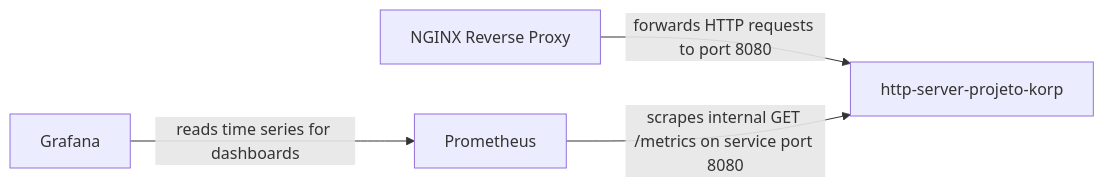
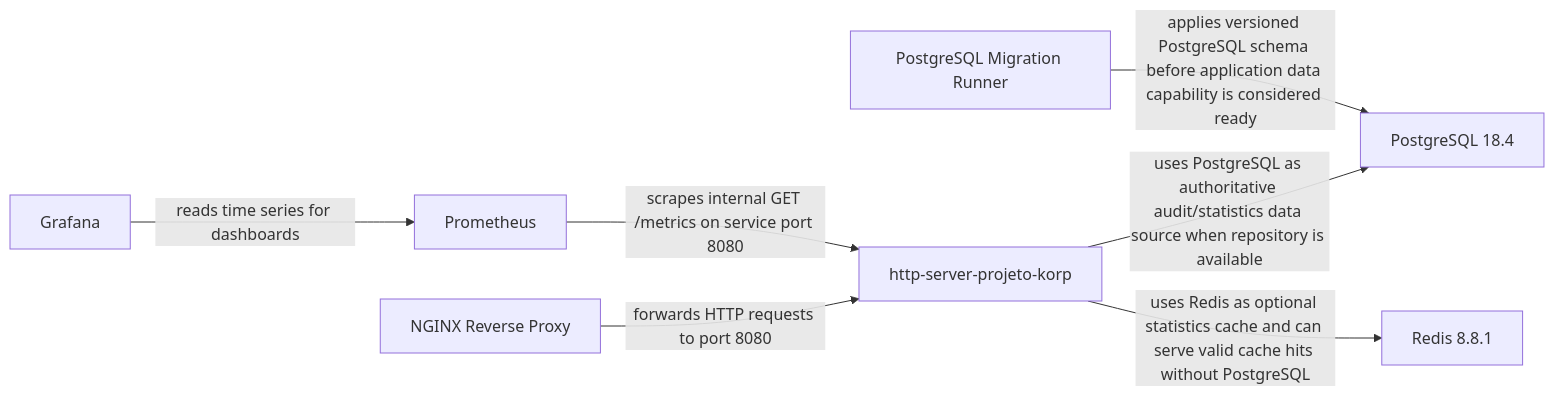
One commit to Magaldes/korp-platform-engineering changed the diagram in docs/architecture/arch-container.md. Above: the diagram before and after it, drawn with Mermaid. The commit also changed other lines of this file and 15 other files, not shown here.

Commit message:
architecture: promote revision 7 and document data extensions

````diff
--- a/docs/architecture/arch-container.md
+++ b/docs/architecture/arch-container.md
@@ -8,10 +8,16 @@
 ```mermaid
 flowchart LR
     ctr_go_service["http-server-projeto-korp"]
     ctr_grafana["Grafana"]
     ctr_nginx["NGINX Reverse Proxy"]
+    ctr_postgres["PostgreSQL 18.4"]
+    ctr_postgres_migrate["PostgreSQL Migration Runner"]
     ctr_prometheus["Prometheus"]
+    ctr_redis["Redis 8.8.1"]
     ctr_nginx -->|"forwards HTTP requests to port 8080"| ctr_go_service
     ctr_prometheus -->|"scrapes internal GET /metrics on service port 8080"| ctr_go_service
     ctr_grafana -->|"reads time series for dashboards"| ctr_prometheus
+    ctr_go_service -->|"uses PostgreSQL as authoritative audit/statistics data source when repository is available"| ctr_postgres
+    ctr_go_service -->|"uses Redis as optional statistics cache and can serve valid cache hits without PostgreSQL"| ctr_redis
+    ctr_postgres_migrate -->|"applies versioned PostgreSQL schema before application data capability is considered ready"| ctr_postgres
 ```
````
